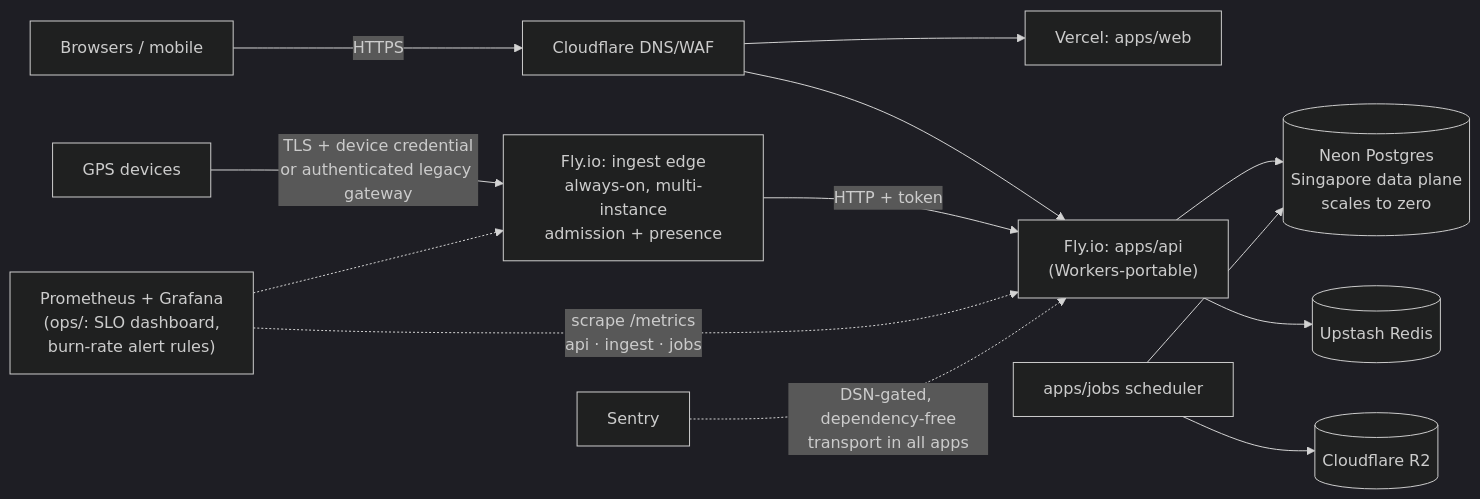
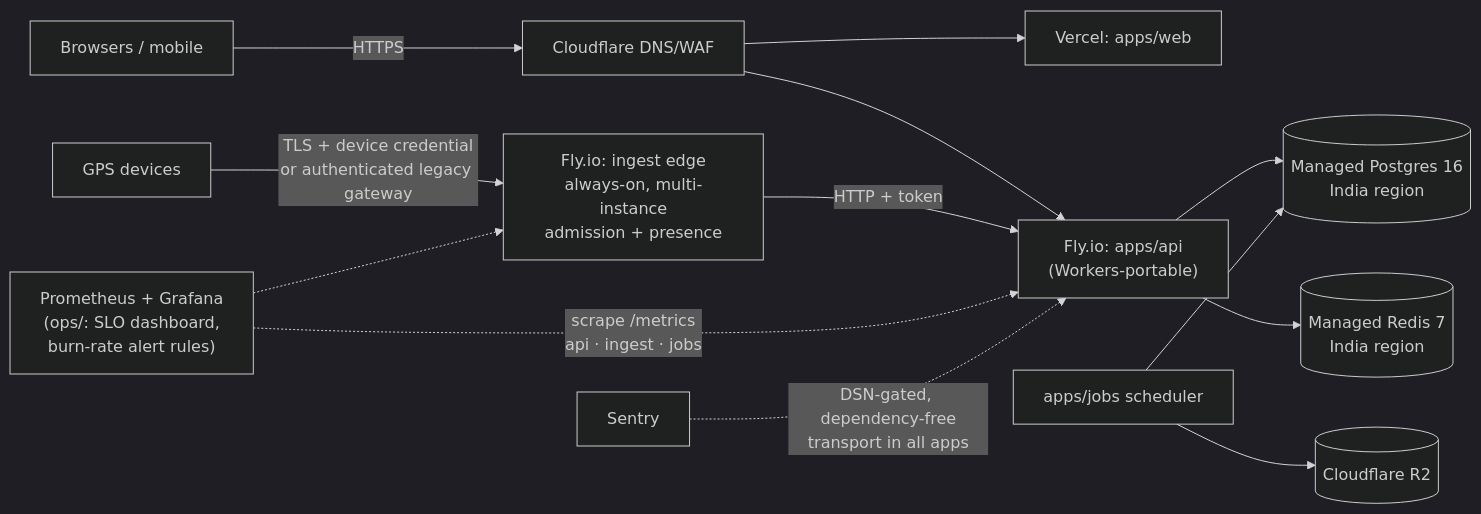
Before and after one commit to vins13pattar/trackflow-open-source: the fourth of 4 diagrams in docs/ARCHITECTURE.md, drawn with Mermaid (dark theme). The commit also changed other lines of this file and 11 other files, not shown here.

````diff
--- a/docs/ARCHITECTURE.md
+++ b/docs/ARCHITECTURE.md
@@ -126,15 +130,15 @@
 ```mermaid
 flowchart LR
   DEV["GPS devices"] -- "TLS + device credential<br/>or authenticated legacy gateway" --> FLYI["Fly.io: ingest edge<br/>always-on, multi-instance<br/>admission + presence"]
   USERS["Browsers / mobile"] -- HTTPS --> CF["Cloudflare DNS/WAF"]
   CF --> VERCEL["Vercel: apps/web"]
   CF --> FLYA["Fly.io: apps/api<br/>(Workers-portable)"]
   FLYI -- "HTTP + token" --> FLYA
-  FLYA --> NEON[("Neon Postgres<br/>Singapore data plane<br/>scales to zero")]
-  FLYA --> UP[("Upstash Redis")]
-  CRON["apps/jobs scheduler"] --> NEON
+  FLYA --> PGPROD[("Managed Postgres 16<br/>India region")]
+  FLYA --> REDISPROD[("Managed Redis 7<br/>India region")]
+  CRON["apps/jobs scheduler"] --> PGPROD
   CRON --> R2b[("Cloudflare R2")]
   PROM["Prometheus + Grafana<br/>(ops/: SLO dashboard,<br/>burn-rate alert rules)"] -. "scrape /metrics<br/>api · ingest · jobs" .-> FLYA
   PROM -.-> FLYI
   SENTRY["Sentry"] -. "DSN-gated, dependency-free<br/>transport in all apps" .-> FLYA
 ```
````
